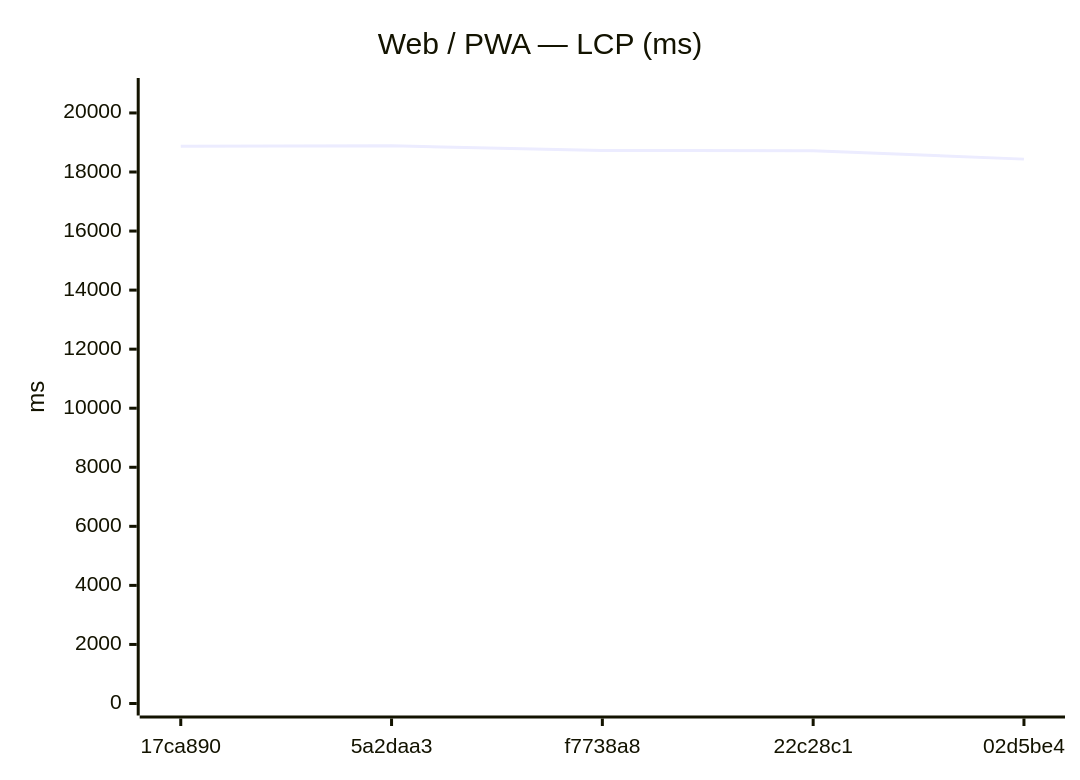
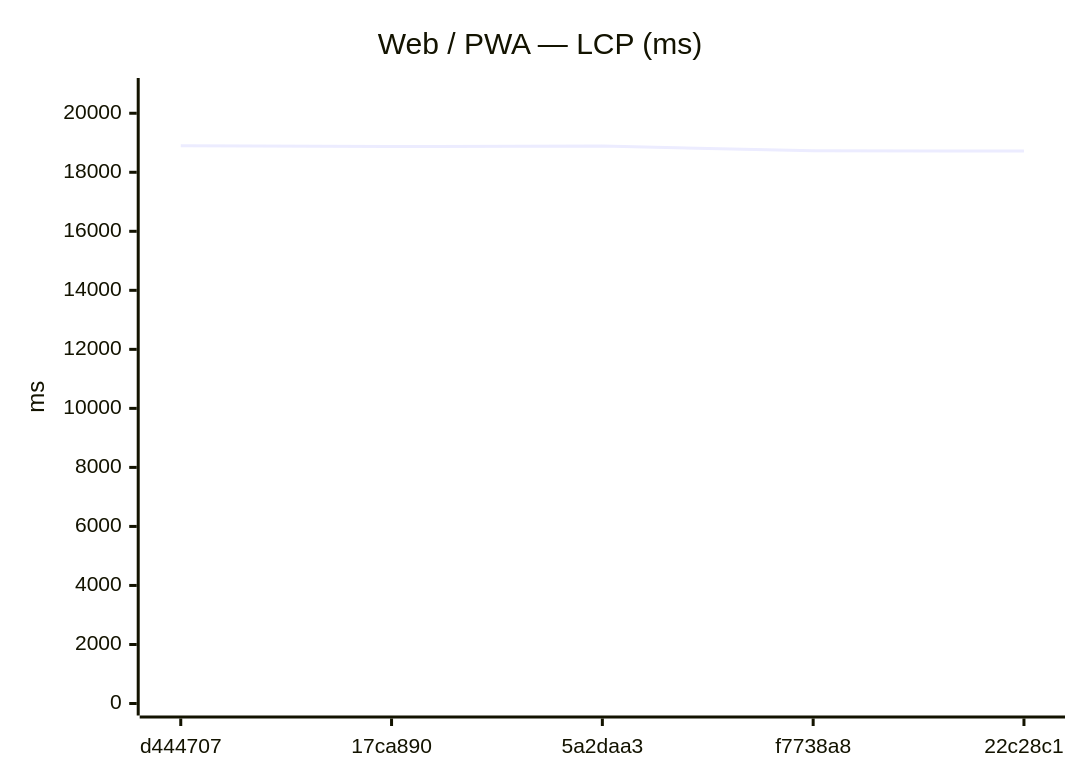
The seventh of 18 diagrams in benchmarks/compare.md (Metaheurist/Rianell), drawn with Mermaid before and after one commit. The commit also changed other lines of this file and 11 other files, not shown here.

````diff
--- a/benchmarks/compare.md
+++ b/benchmarks/compare.md
@@ -117,7 +117,7 @@
 ```mermaid
 xychart-beta
     title "Web / PWA — LCP (ms)"
-    x-axis ["17ca890", "5a2daa3", "f7738a8", "22c28c1", "02d5be4"]
-    y-axis "ms" 0 --> 20777
-    line [18874, 18888, 18728, 18722, 18436]
+    x-axis ["d444707", "17ca890", "5a2daa3", "f7738a8", "22c28c1"]
+    y-axis "ms" 0 --> 20788
+    line [18898, 18874, 18888, 18728, 18722]
 ```
````
